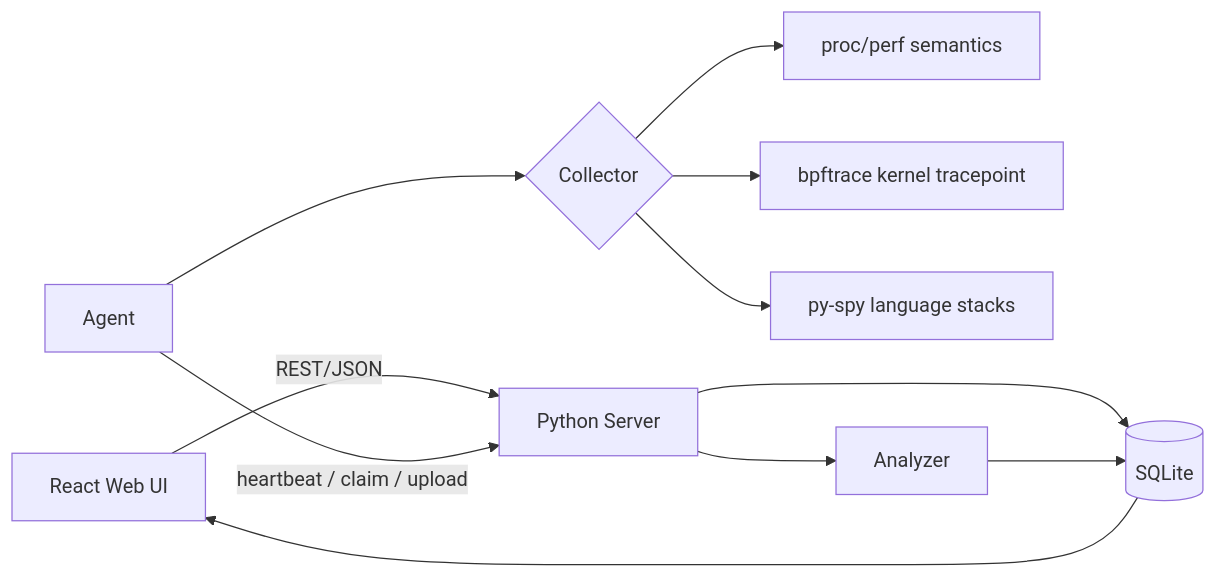
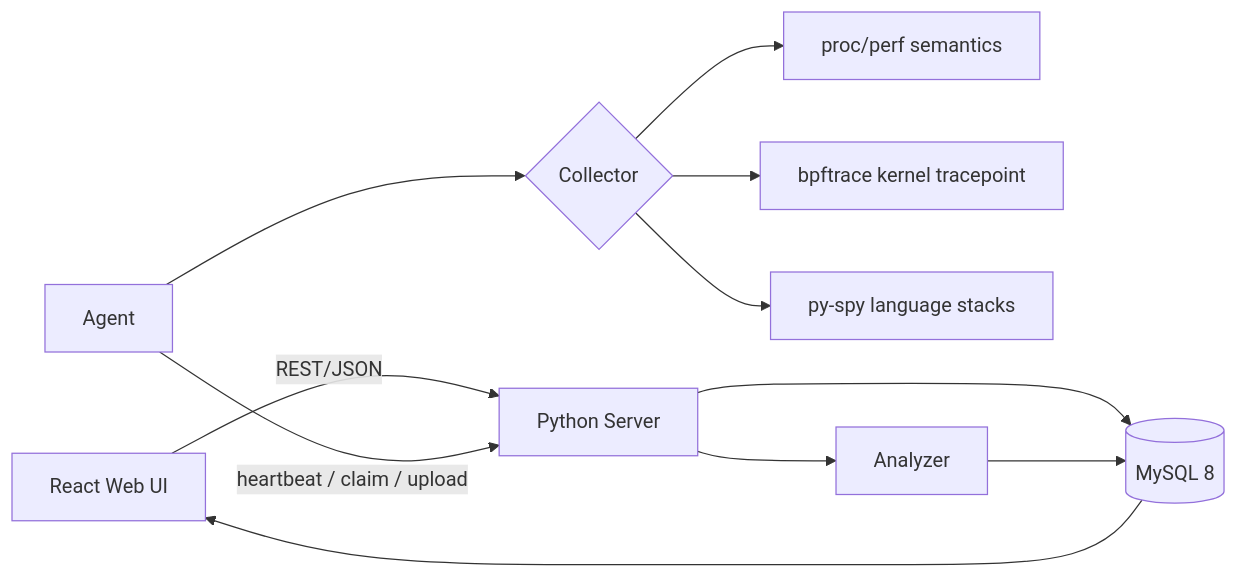
The first of 2 diagrams in DESIGN.md (llongwang751-arch/mini-drop), drawn with Mermaid before and after one commit. The commit also changed other lines of this file and 10 other files, not shown here.

````diff
--- a/DESIGN.md
+++ b/DESIGN.md
@@ -9,13 +9,13 @@
 ```mermaid
 flowchart LR
   U[React Web UI] -->|REST/JSON| S[Python Server]
   A[Agent] -->|heartbeat / claim / upload| S
-  S --> DB[(SQLite)]
+  S --> DB[(MySQL 8)]
   A --> C{Collector}
   C --> P[proc/perf semantics]
   C --> B[bpftrace kernel tracepoint]
   C --> Y[py-spy language stacks]
   S --> N[Analyzer]
   N --> DB
   DB --> U
 ```
````
